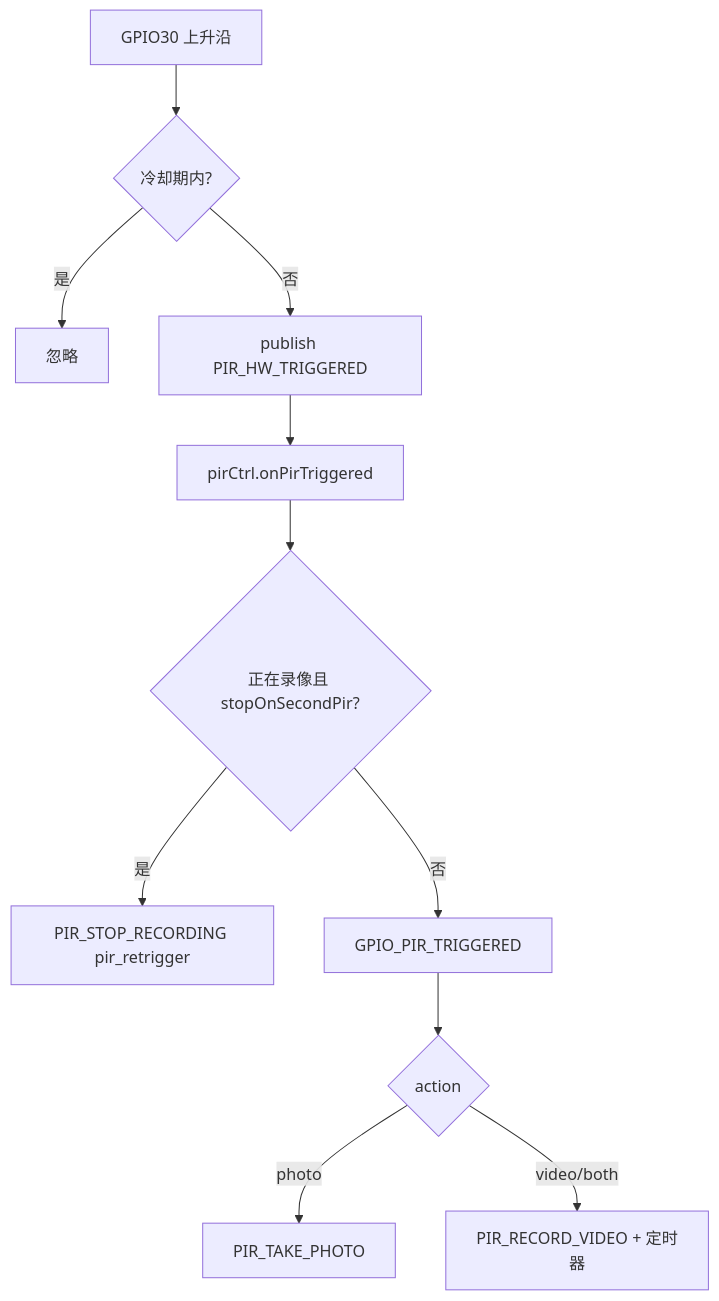
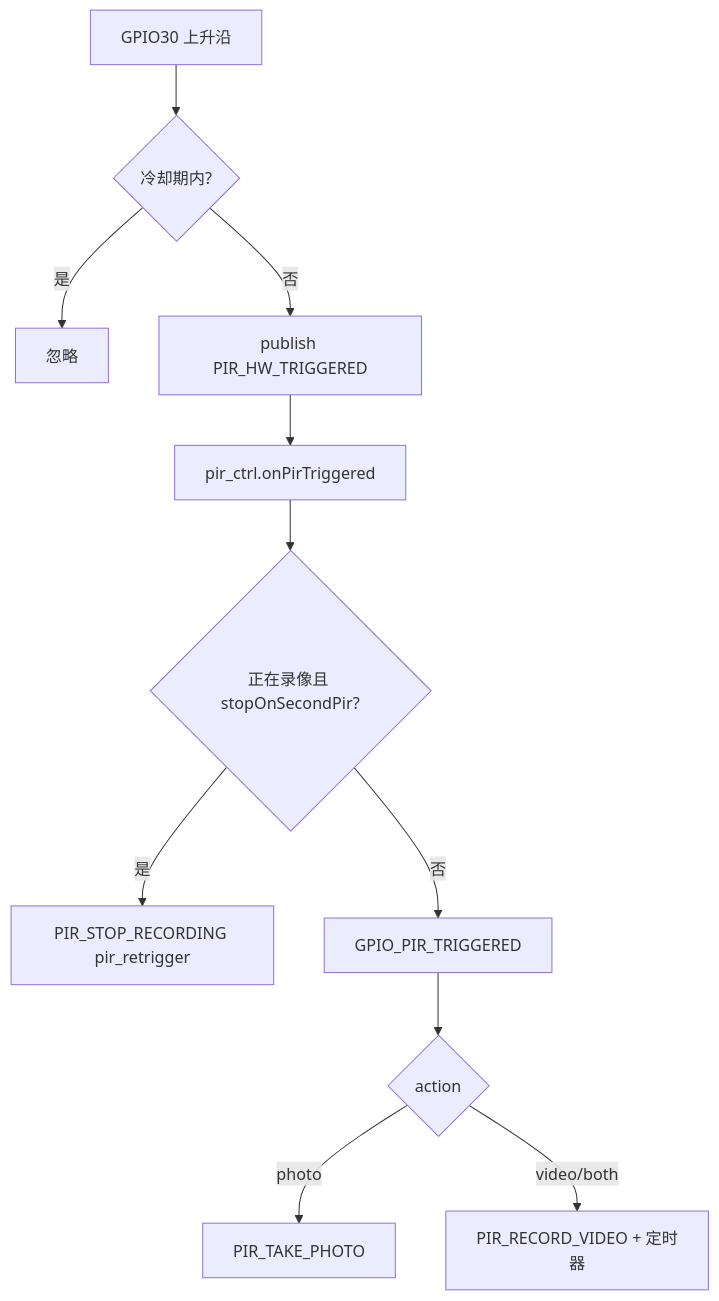
One commit to dzr1986/AIR780EHM changed the fourth of 4 diagrams in doc/PIR_HARDWARE.md. Above: the diagram before and after it, drawn with Mermaid. The commit also changed other lines of this file and 40 other files, not shown here.

````diff
--- a/doc/PIR_HARDWARE.md
+++ b/doc/PIR_HARDWARE.md
@@ -165,13 +165,13 @@
 ```mermaid
 flowchart TD
     A[GPIO30 上升沿] --> B{冷却期内?}
     B -->|是| Z[忽略]
     B -->|否| C[publish PIR_HW_TRIGGERED]
-    C --> D[pirCtrl.onPirTriggered]
+    C --> D[pir_ctrl.onPirTriggered]
     D --> E{正在录像且 stopOnSecondPir?}
     E -->|是| F[PIR_STOP_RECORDING pir_retrigger]
     E -->|否| G[GPIO_PIR_TRIGGERED]
     G --> H{action}
     H -->|photo| I[PIR_TAKE_PHOTO]
     H -->|video/both| J[PIR_RECORD_VIDEO + 定时器]
 ```
````
